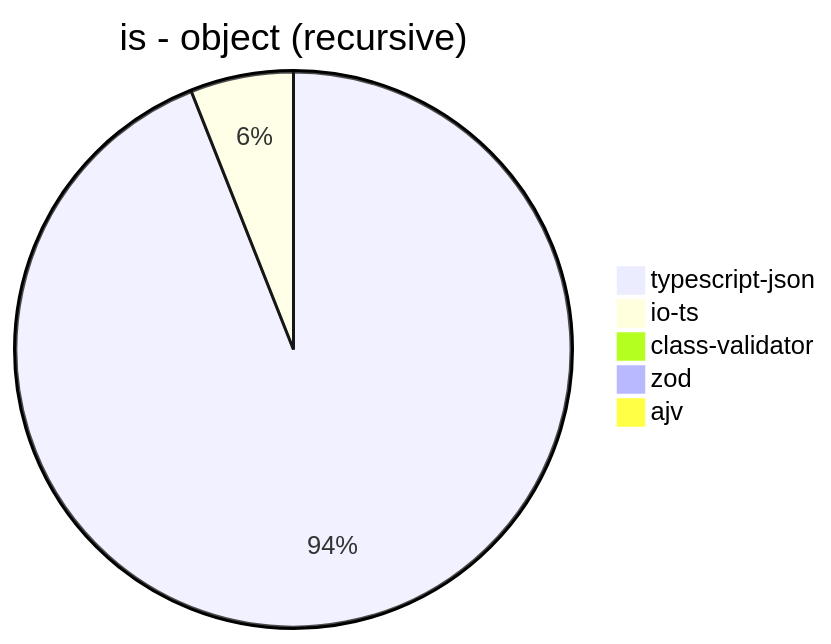
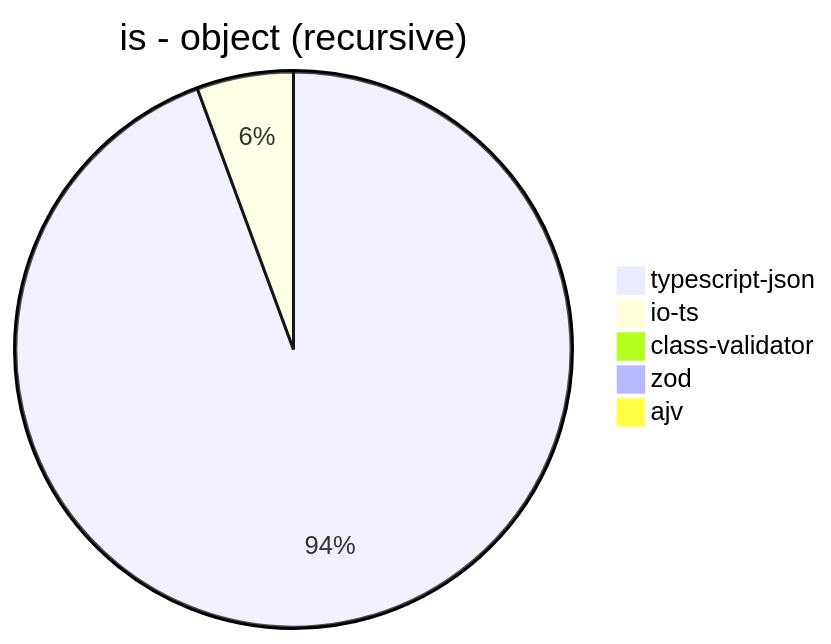
One commit to samchon/typia changed the second of 40 diagrams in benchmark/results/AMD Ryzen 7 5800H with Radeon Graphics.md. Above: the diagram before and after it, drawn with Mermaid. The commit also changed other lines of this file and 4 other files, not shown here.

````diff
--- a/benchmark/results/AMD Ryzen 7 5800H with Radeon Graphics.md
+++ b/benchmark/results/AMD Ryzen 7 5800H with Radeon Graphics.md
@@ -31,8 +31,8 @@
 ```mermaid
 pie title is - object (recursive)
-  "typescript-json": 76773.3761598858
-  "io-ts": 4899.49935101057
-  "class-validator": 40.563067234673085
-  "zod": 70.5796306454562
+  "typescript-json": 80738.98431665423
+  "io-ts": 4809.428467419003
+  "class-validator": 39.66368122829464
+  "zod": 69.23783287419651
   "ajv": 0
 ```
````
